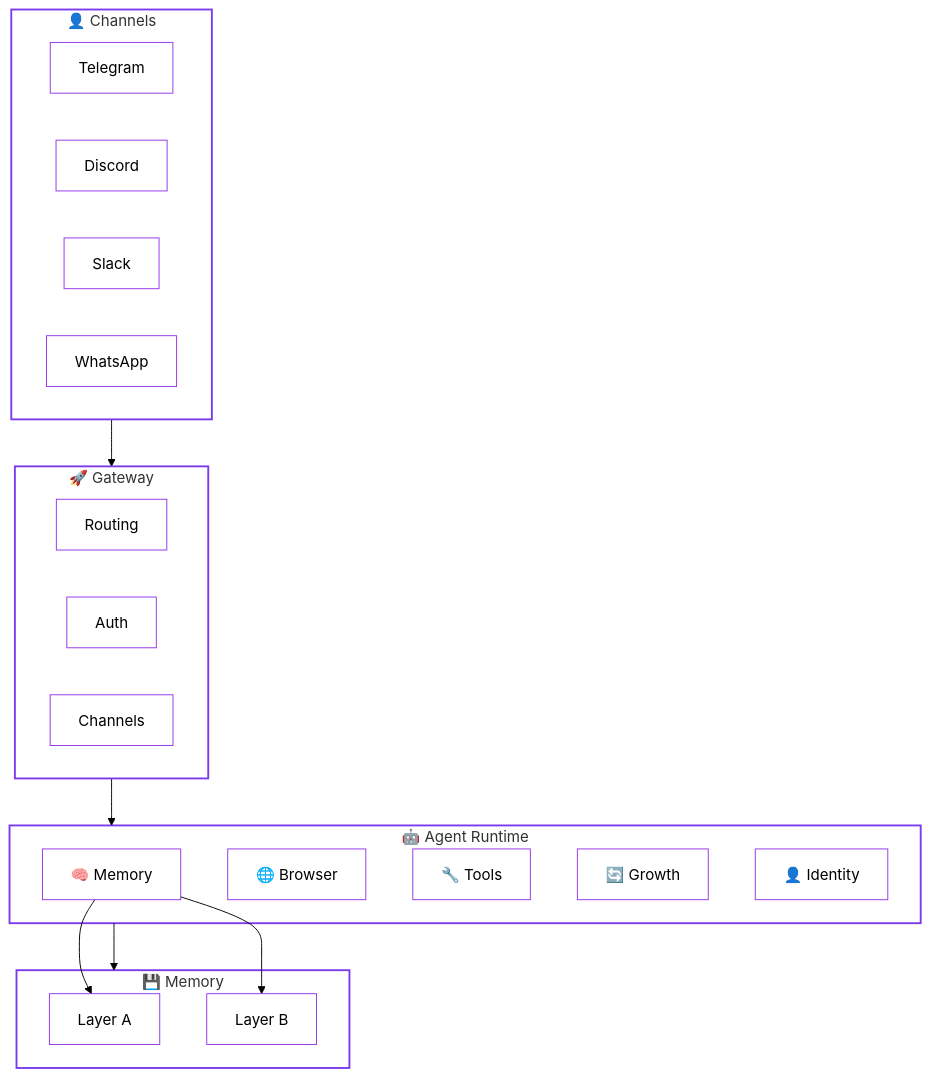
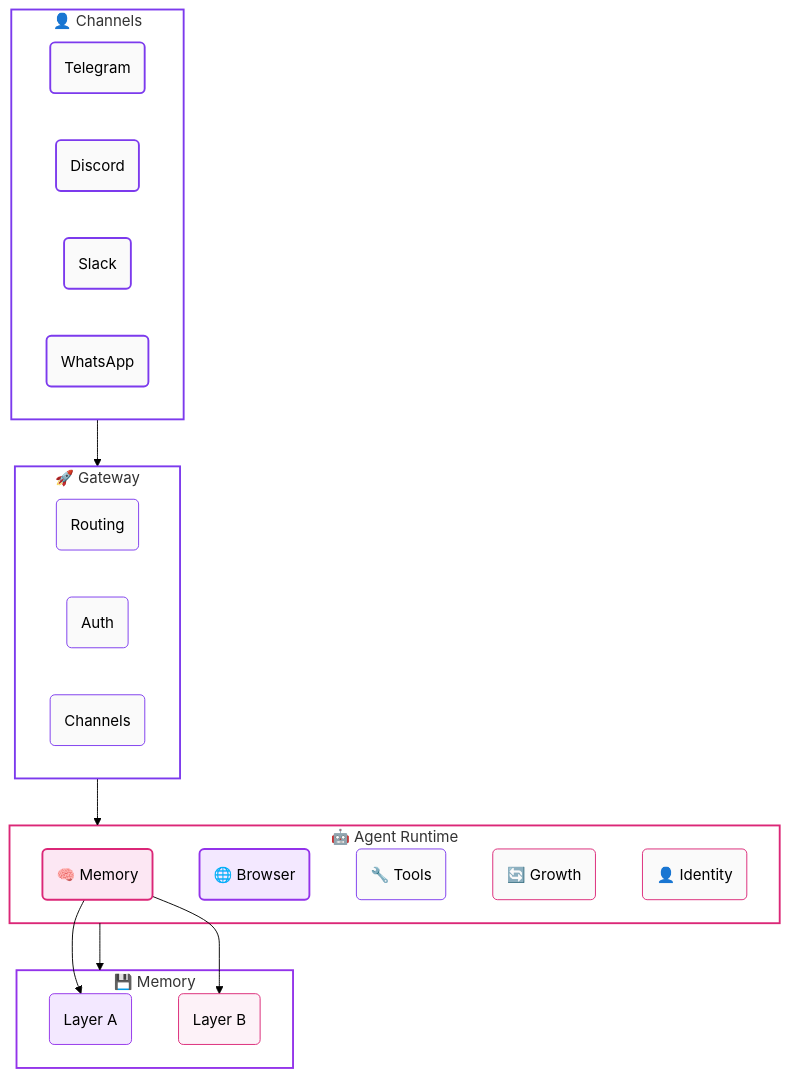
One commit to mangiapanejohn-dev/Resonix-AG changed the fifth of 5 diagrams in README.md. Above: the diagram before and after it, drawn with Mermaid (forest theme). The commit also changed other lines of this file, not shown here.

Commit message:
docs: optimize diagram colors - purple pink white theme
- Memory: purple/pink nodes with white background
- Growth: pink/purple/indigo gradient
- Browser: red/green with white backgrounds
- Architecture: clean purple/pink theme, white boxes
- All text now readable with proper contrast

````diff
--- a/README.md
+++ b/README.md
@@ -124,53 +135,53 @@
 ```mermaid
 flowchart TB
     subgraph Users[👤 Channels]
-        T[Telegram]:::purple
-        D[Discord]:::purple
-        S[Slack]:::purple
-        W[WhatsApp]:::purple
+        T(Telegram)
+        D(Discord)
+        S(Slack)
+        W(WhatsApp)
     end
 
     subgraph Gateway[🚀 Gateway]
-        R[Routing]
-        A[Auth]
-        C[Channels]
+        R(Routing)
+        A(Auth)
+        C(Channels)
     end
 
     subgraph Agent[🤖 Agent Runtime]
-        M[🧠 Memory]
-        B[🌐 Browser]
-        T2[🔧 Tools]
-        G[🔄 Growth]
-        I[👤 Identity]
+        M(🧠 Memory)
+        B(🌐 Browser)
+        T2(🔧 Tools)
+        G(🔄 Growth)
+        I(👤 Identity)
     end
 
     subgraph Memory[💾 Memory]
-        MA[Layer A]
-        MB[Layer B]
+        MA(Layer A)
+        MB(Layer B)
     end
 
     Users --> Gateway
     Gateway --> Agent
     Agent --> Memory
     M --> MA
     M --> MB
 
-    style Users fill:none,stroke:#7c3aed,stroke-width:2px
-    style Gateway fill:none,stroke:#7c3aed,stroke-width:2px
-    style Agent fill:none,stroke:#7c3aed,stroke-width:2px
-    style Memory fill:none,stroke:#7c3aed,stroke-width:2px
-    style T fill:none,stroke:#9333ea
-    style D fill:none,stroke:#9333ea
-    style S fill:none,stroke:#9333ea
-    style W fill:none,stroke:#9333ea
-    style R fill:none,stroke:#9333ea
-    style A fill:none,stroke:#9333ea
-    style C fill:none,stroke:#9333ea
-    style M fill:none,stroke:#9333ea
-    style B fill:none,stroke:#9333ea
-    style T2 fill:none,stroke:#9333ea
-    style G fill:none,stroke:#9333ea
-    style I fill:none,stroke:#9333ea
-    style MA fill:none,stroke:#9333ea
-    style MB fill:none,stroke:#9333ea
+    style Users fill:none,stroke:#7c3aed,stroke-width:2
+    style Gateway fill:none,stroke:#7c3aed,stroke-width:2
+    style Agent fill:none,stroke:#db2777,stroke-width:2
+    style Memory fill:none,stroke:#9333ea,stroke-width:2
+    style T fill:#fafafa,stroke:#7c3aed,stroke-width:2
+    style D fill:#fafafa,stroke:#7c3aed,stroke-width:2
+    style S fill:#fafafa,stroke:#7c3aed,stroke-width:2
+    style W fill:#fafafa,stroke:#7c3aed,stroke-width:2
+    style R fill:#fafafa,stroke:#7c3aed
+    style A fill:#fafafa,stroke:#7c3aed
+    style C fill:#fafafa,stroke:#7c3aed
+    style M fill:#fce7f3,stroke:#db2777,stroke-width:2
+    style B fill:#f3e8ff,stroke:#9333ea,stroke-width:2
+    style T2 fill:#fafafa,stroke:#7c3aed
+    style G fill:#fafafa,stroke:#db2777
+    style I fill:#fafafa,stroke:#db2777
+    style MA fill:#f3e8ff,stroke:#9333ea
+    style MB fill:#fdf2f8,stroke:#db2777
 ```
````
